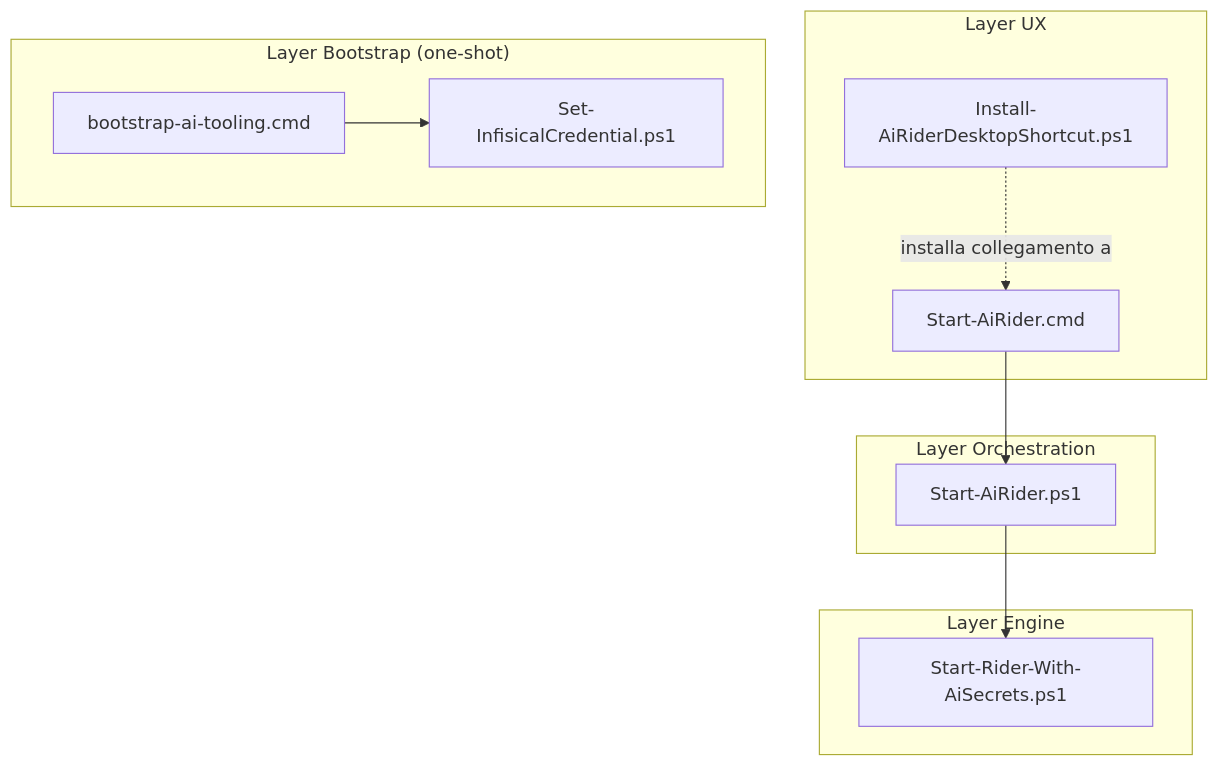
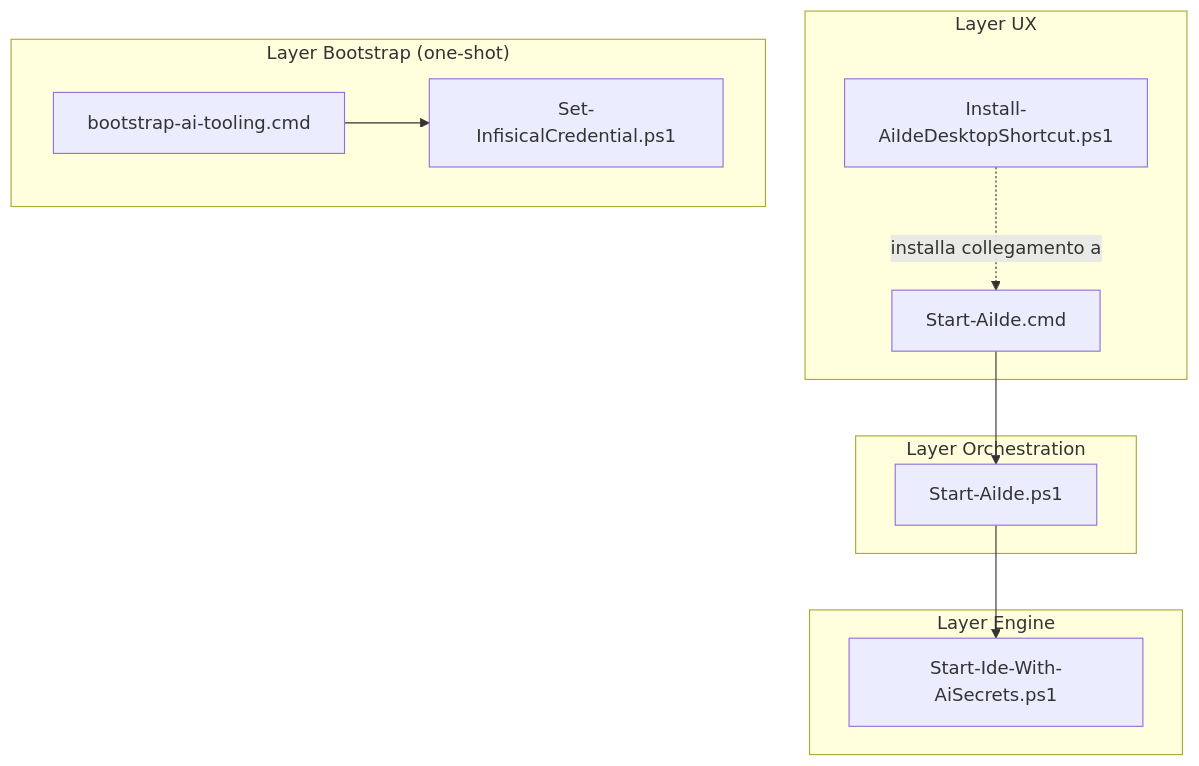
Before and after one commit to gargiolastech-core/gargiolastech-ai-tooling: the tenth of 21 diagrams in docs/DOCUMENTATION.md, drawn with Mermaid. The commit also changed other lines of this file, not shown here.

Commit message:
docs: Comprehensive update of `DOCUMENTATION.md` for v2.0 multi-IDE support

````diff
--- a/docs/DOCUMENTATION.md
+++ b/docs/DOCUMENTATION.md
@@ -773,25 +786,25 @@
 ```mermaid
 flowchart TB
     subgraph LayerUX["Layer UX"]
-        CMD["Start-AiRider.cmd"]
-        SHORT["Install-AiRiderDesktopShortcut.ps1"]
+        CMD["Start-AiIde.cmd"]
+        SHORT["Install-AiIdeDesktopShortcut.ps1"]
     end
 
     subgraph LayerOrch["Layer Orchestration"]
-        LAUNCH["Start-AiRider.ps1"]
+        LAUNCH["Start-AiIde.ps1"]
     end
 
     subgraph LayerEngine["Layer Engine"]
-        ENG["Start-Rider-With-AiSecrets.ps1"]
+        ENG["Start-Ide-With-AiSecrets.ps1"]
     end
 
     subgraph LayerBootstrap["Layer Bootstrap (one-shot)"]
         BOOT["bootstrap-ai-tooling.cmd"]
         SETCRED["Set-InfisicalCredential.ps1"]
     end
 
     CMD --> LAUNCH
     SHORT -.->|"installa collegamento a"| CMD
     LAUNCH --> ENG
     BOOT --> SETCRED
 ```
````
